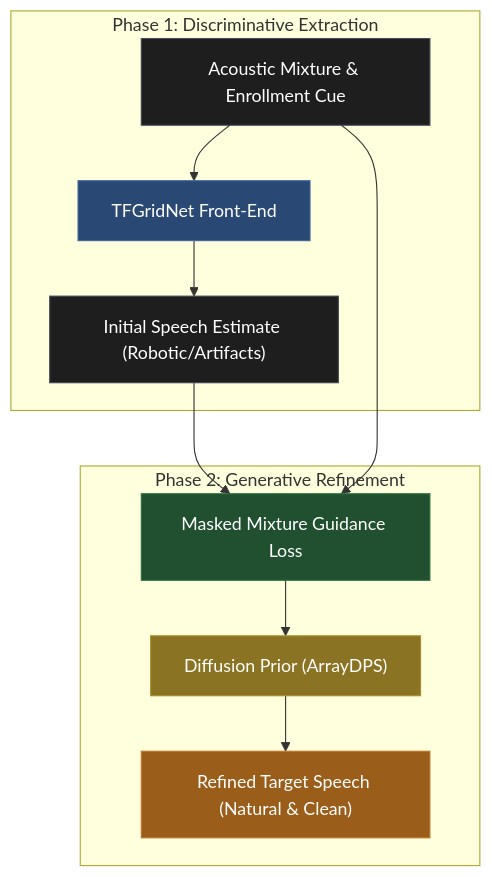
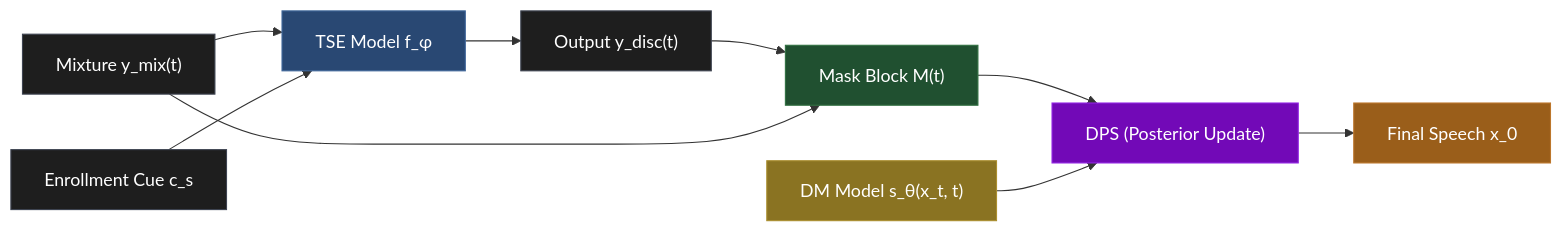
The diagram in README.md (AayushPrjapati/DPS-TSE), drawn with Mermaid before and after one commit.

Commit message:
Update system architecture layout to match paper specifications

````diff
--- a/README.md
+++ b/README.md
@@ -20,21 +20,29 @@
 ```mermaid
-graph TD
-    subgraph Phase 1: Discriminative Extraction
-        A["Acoustic Mixture & Enrollment Cue"] --> B["TFGridNet Front-End"]
-        B --> C["Initial Speech Estimate (Robotic/Artifacts)"]
-    end
+graph LR
+    A1["Mixture y_mix(t)"]
+    A2["Enrollment Cue c_s"]
+    B["TSE Model f_φ"]
+    C["Output y_disc(t)"]
+    D["Mask Block M(t)"]
+    E["DM Model s_θ(x_t, t)"]
+    F["DPS (Posterior Update)"]
+    G["Final Speech x_0"]
 
-    subgraph Phase 2: Generative Refinement
-        C --> D["Masked Mixture Guidance Loss"]
-        A --> D
-        D --> E["Diffusion Prior (ArrayDPS)"]
-        E --> F["Refined Target Speech (Natural & Clean)"]
-    end
+    A1 --> B
+    A2 --> B
+    B --> C
+    C --> D
+    A1 --> D
+    D --> F
+    E --> F
+    F --> G
 
-    style A fill:#1e1e1e,stroke:#3e4451,stroke-width:1px,color:#ffffff
+    style A1 fill:#1e1e1e,stroke:#3e4451,stroke-width:1px,color:#ffffff
+    style A2 fill:#1e1e1e,stroke:#3e4451,stroke-width:1px,color:#ffffff
     style B fill:#294873,stroke:#3f669a,stroke-width:1px,color:#ffffff
     style C fill:#1e1e1e,stroke:#3e4451,stroke-width:1px,color:#ffffff
     style D fill:#205030,stroke:#317042,stroke-width:1px,color:#ffffff
     style E fill:#8a7322,stroke:#ab8f2f,stroke-width:1px,color:#ffffff
-    style F fill:#9a5e1a,stroke:#bc762b,stroke-width:1px,color:#ffffff
+    style F fill:#7209b7,stroke:#9225e3,stroke-width:1px,color:#ffffff
+    style G fill:#9a5e1a,stroke:#bc762b,stroke-width:1px,color:#ffffff
 ```
````
